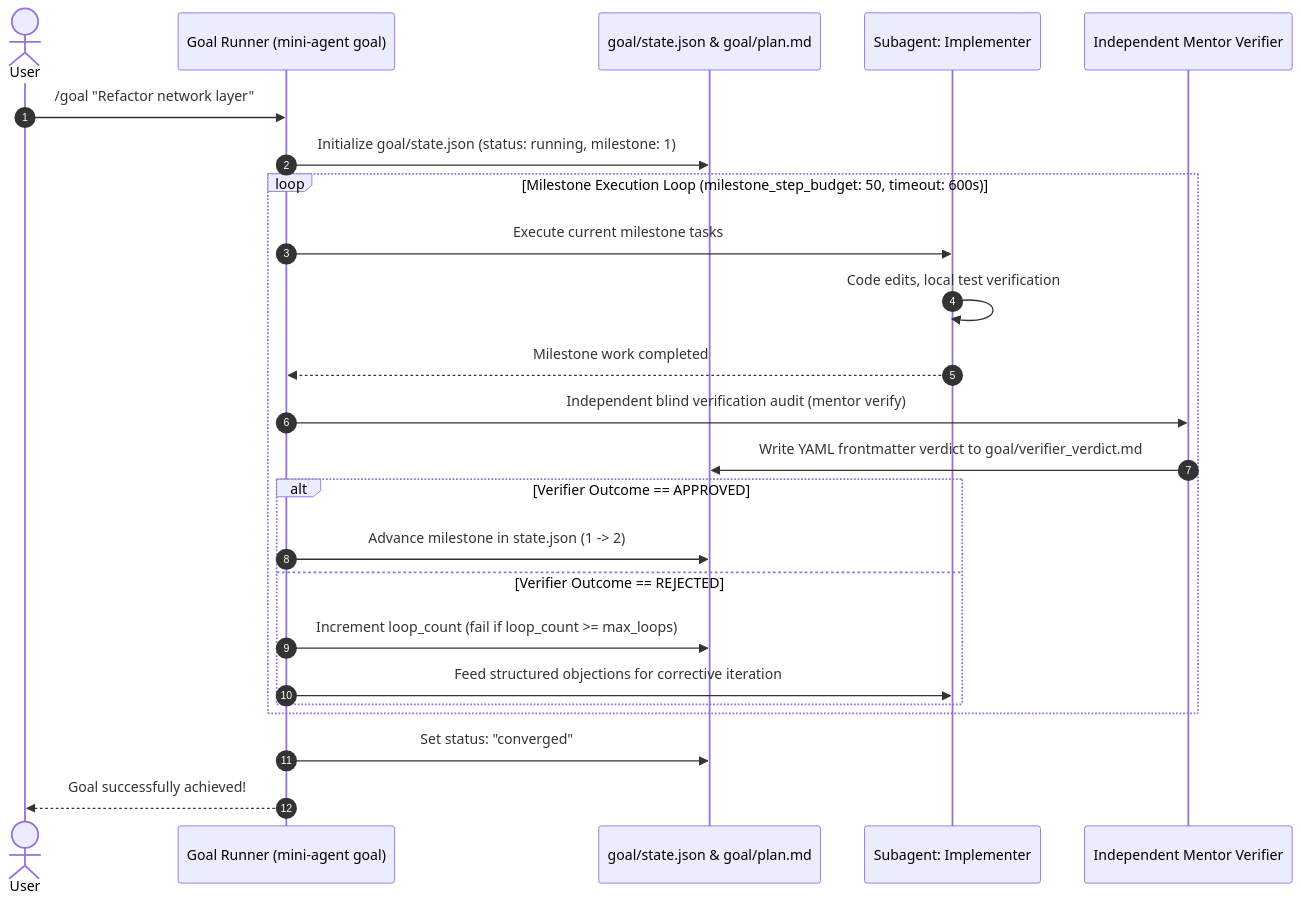
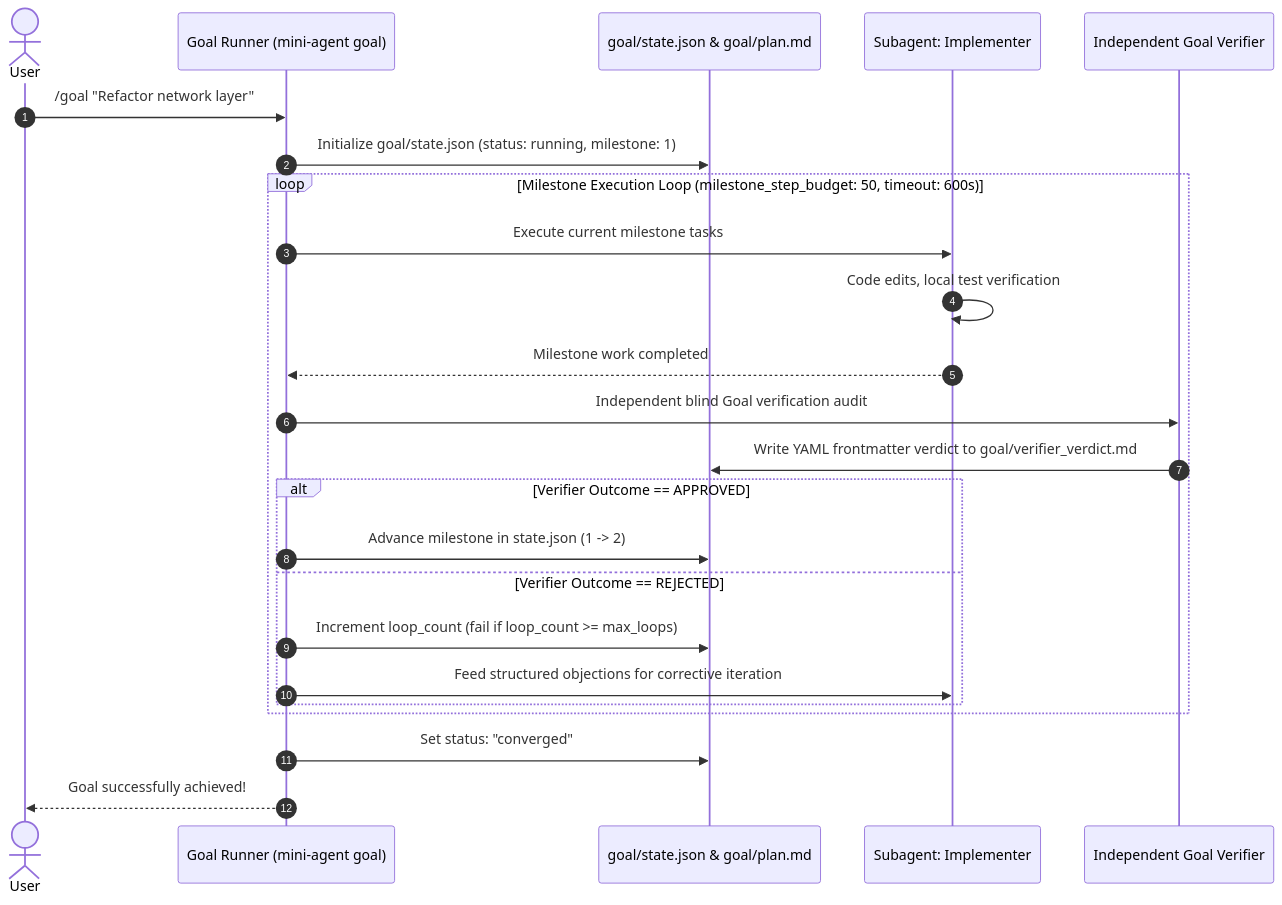
One commit to civaapple-alt/mini-agent-harness changed the second of 2 diagrams in .agents/notes/implemented/architecture/2026-08-27-goal-and-plan-subsystem-architecture.md. Above: the diagram before and after it, drawn with Mermaid. The commit also changed 22 other files, not shown here.

Commit message:
refactor: rename mentor flow to goal verifier

````diff
--- a/.agents/notes/implemented/architecture/2026-08-27-goal-and-plan-subsystem-architecture.md
+++ b/.agents/notes/implemented/architecture/2026-08-27-goal-and-plan-subsystem-architecture.md
@@ -98,31 +98,31 @@
 ```mermaid
 sequenceDiagram
     autonumber
     actor User as User
     participant Harness as Goal Runner (mini-agent goal)
     participant GoalStore as goal/state.json & goal/plan.md
     participant Worker as Subagent: Implementer
-    participant Verifier as Independent Mentor Verifier
+    participant Verifier as Independent Goal Verifier
 
     User->>Harness: /goal "Refactor network layer"
     Harness->>GoalStore: Initialize goal/state.json (status: running, milestone: 1)
     
     loop Milestone Execution Loop (milestone_step_budget: 50, timeout: 600s)
         Harness->>Worker: Execute current milestone tasks
         Worker->>Worker: Code edits, local test verification
         Worker-->>Harness: Milestone work completed
         
-        Harness->>Verifier: Independent blind verification audit (mentor verify)
+        Harness->>Verifier: Independent blind Goal verification audit
         Verifier->>GoalStore: Write YAML frontmatter verdict to goal/verifier_verdict.md
         
         alt Verifier Outcome == APPROVED
             Harness->>GoalStore: Advance milestone in state.json (1 -> 2)
         else Verifier Outcome == REJECTED
             Harness->>GoalStore: Increment loop_count (fail if loop_count >= max_loops)
             Harness->>Worker: Feed structured objections for corrective iteration
         end
     end
     
     Harness->>GoalStore: Set status: "converged"
     Harness-->>User: Goal successfully achieved!
 ```
````
